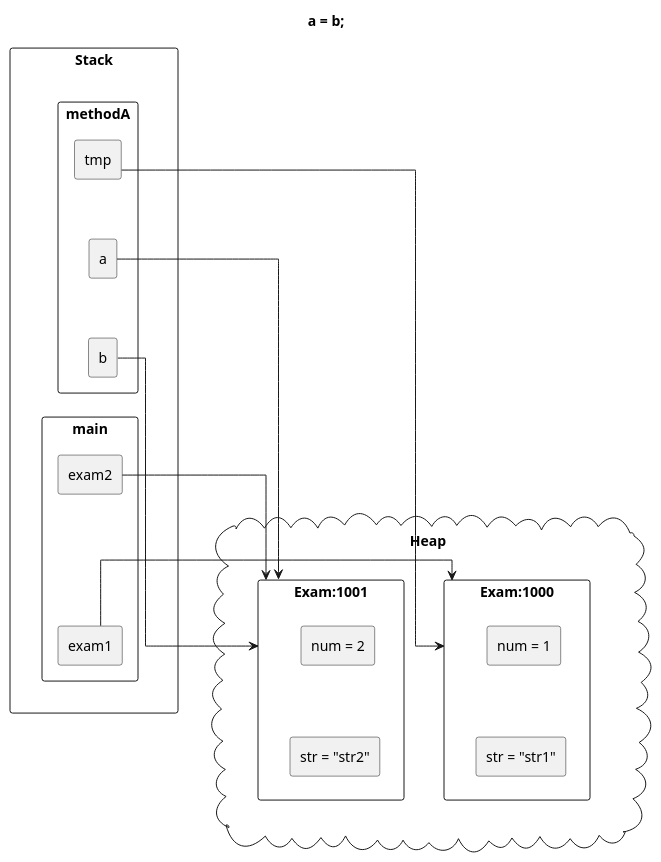
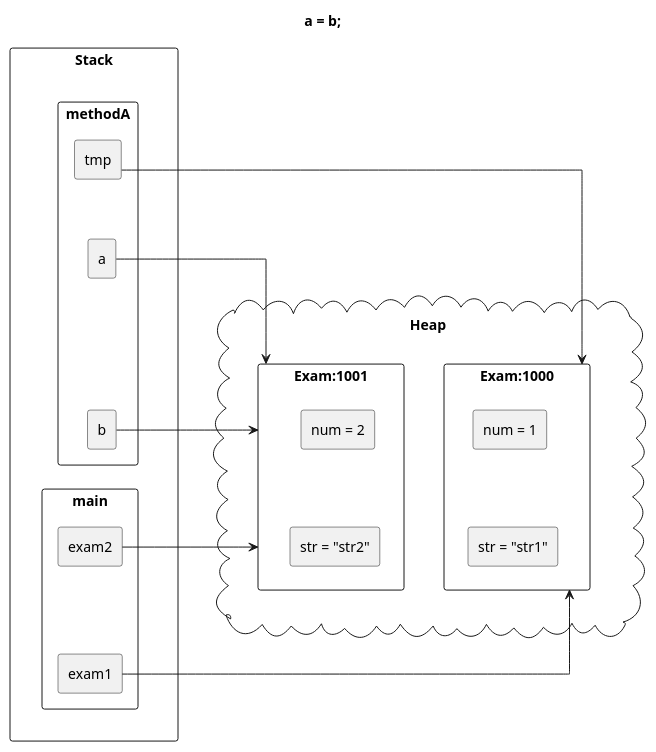
One commit to windowforsun/blog changed the diagram in plantuml/java/concept-memorymanagement-34.plantuml. Above: the diagram before and after it, drawn with PlantUML. The commit also changed 9 other files, not shown here.

```diff
--- a/plantuml/java/concept-memorymanagement-34.plantuml
+++ b/plantuml/java/concept-memorymanagement-34.plantuml
@@ -1,49 +1,49 @@
 @startuml
 skinparam linetype ortho
 
 title a = b;
 
 rectangle "Stack" {
 	rectangle "methodA" {
 		rectangle "tmp"
 		rectangle "a"
 		rectangle "b"
 
 		tmp -[hidden]d- a
 		a -[hidden]d- b
 	}
 	rectangle "main" {
 		rectangle "exam2"
 		rectangle "exam1"
 
 		exam2 -[hidden]d- exam1
 	}
 
 	b -[hidden]d- exam2
 }
 
 cloud "Heap" {
 	rectangle "Exam:1000" as Exam1000 {
 		rectangle "num = 1" as num1000
 		rectangle "str = "str1"" as str1000
 		num1000 -[hidden]d- str1000
 	}
 
 	rectangle "Exam:1001" as Exam1001 {
 		rectangle "num = 2" as num1001
 		rectangle "str = "str2"" as str1001
 		num1001 -[hidden]d- str1001
 	}
 
 	Exam1000 -[hidden]l- Exam1001
 }
 
 Stack -[hidden]r-Heap
 
-exam1 -r-> Exam1000
+exam1 -u-> Exam1000
 exam2 -r-> Exam1001
-a -r-> Exam1001
+a -u-> Exam1001
 b -r-> Exam1001
-tmp -r-> Exam1000
+tmp -u-> Exam1000
 
 @enduml
```
